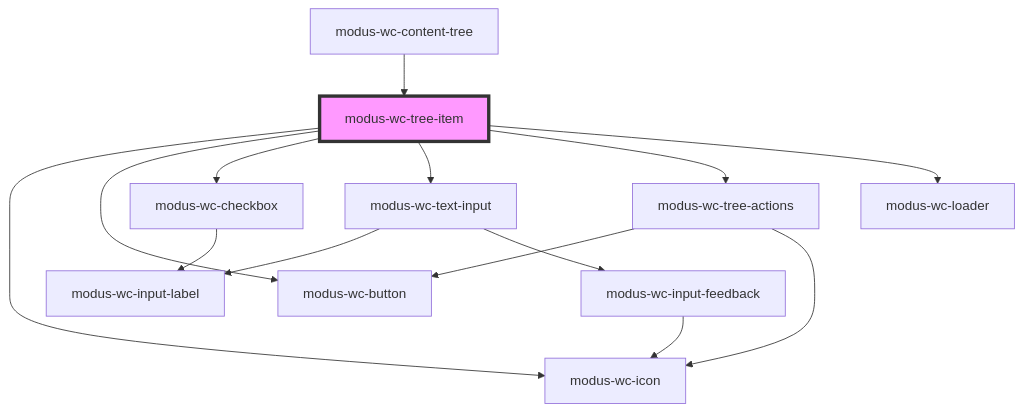
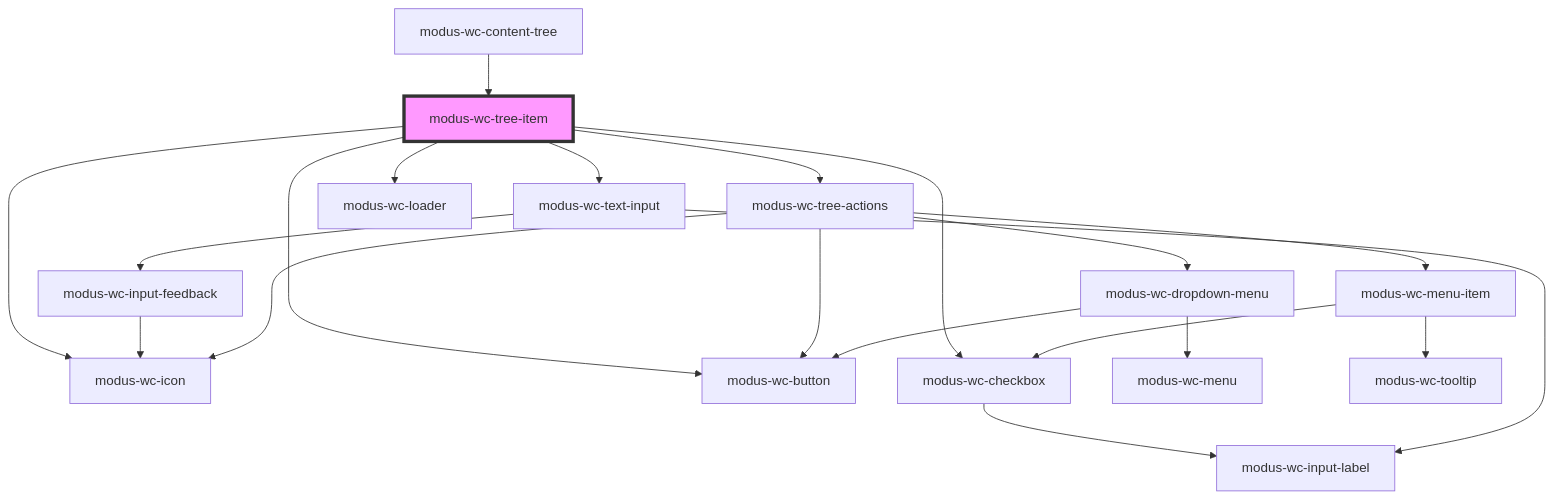
The diagram in src/components/modus-wc-content-tree/modus-wc-tree-item/readme.md (trimble-oss/modus-wc-2.0), drawn with Mermaid before and after one commit. The commit also changed 3 other files, not shown here.

````diff
--- a/src/components/modus-wc-content-tree/modus-wc-tree-item/readme.md
+++ b/src/components/modus-wc-content-tree/modus-wc-tree-item/readme.md
@@ -97,17 +97,23 @@
 ```mermaid
 graph TD;
   modus-wc-tree-item --> modus-wc-icon
   modus-wc-tree-item --> modus-wc-button
   modus-wc-tree-item --> modus-wc-checkbox
   modus-wc-tree-item --> modus-wc-text-input
   modus-wc-tree-item --> modus-wc-tree-actions
   modus-wc-tree-item --> modus-wc-loader
   modus-wc-checkbox --> modus-wc-input-label
   modus-wc-text-input --> modus-wc-input-label
   modus-wc-text-input --> modus-wc-input-feedback
   modus-wc-input-feedback --> modus-wc-icon
   modus-wc-tree-actions --> modus-wc-button
   modus-wc-tree-actions --> modus-wc-icon
+  modus-wc-tree-actions --> modus-wc-dropdown-menu
+  modus-wc-tree-actions --> modus-wc-menu-item
+  modus-wc-dropdown-menu --> modus-wc-button
+  modus-wc-dropdown-menu --> modus-wc-menu
+  modus-wc-menu-item --> modus-wc-checkbox
+  modus-wc-menu-item --> modus-wc-tooltip
   modus-wc-content-tree --> modus-wc-tree-item
   style modus-wc-tree-item fill:#f9f,stroke:#333,stroke-width:4px
 ```
````
